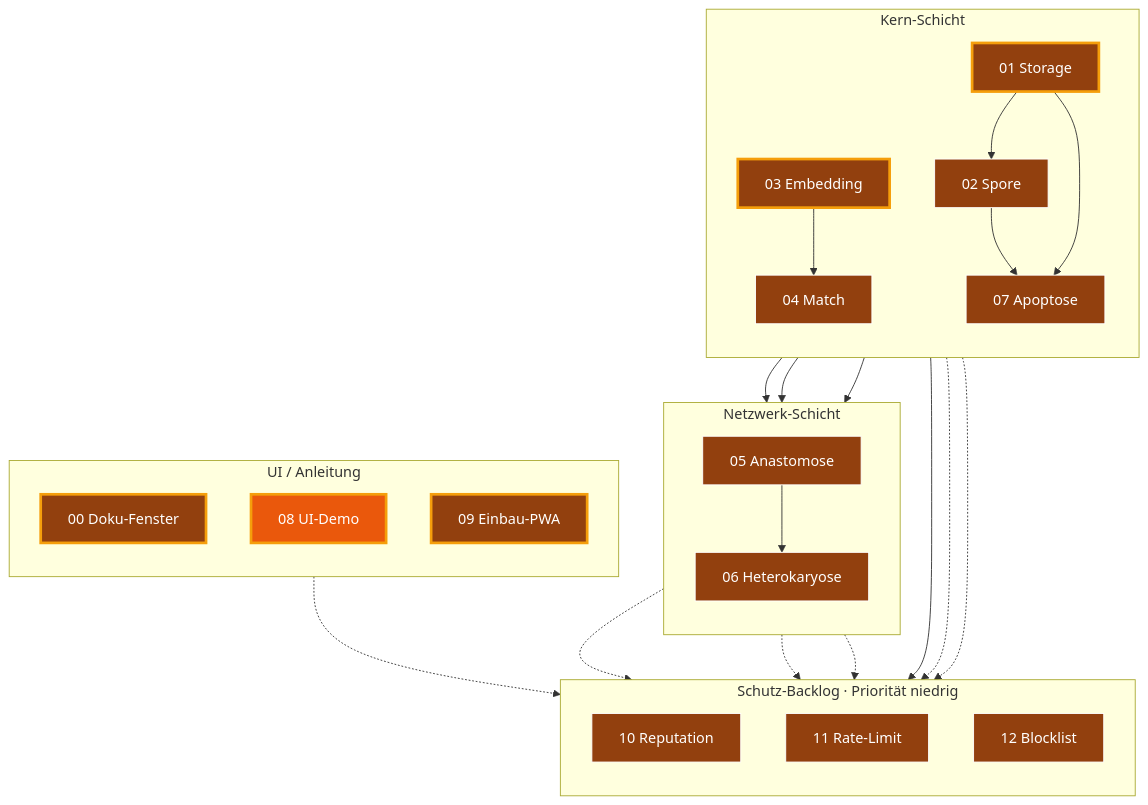
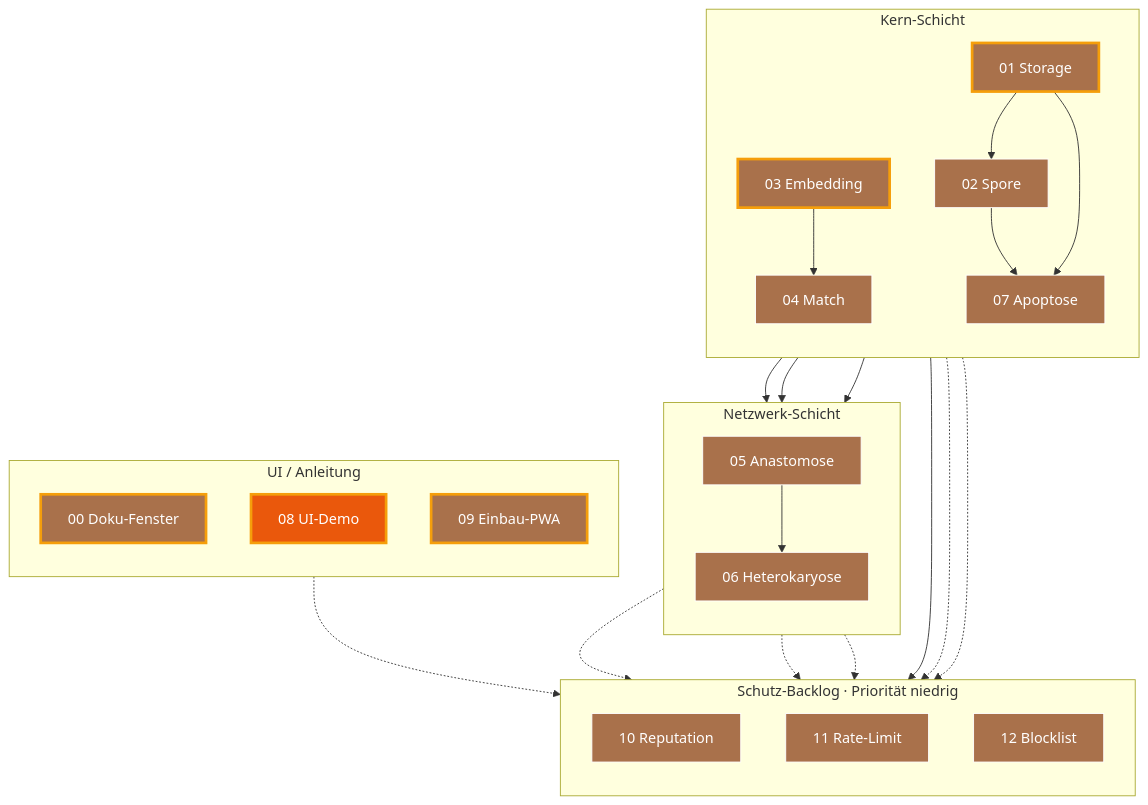
The diagram in docs/ARCHITEKTUR.md (lausiklauskn-png/Sage-Protokol), drawn with Mermaid before and after one commit. The commit also changed 4 other files, not shown here.

````diff
--- a/docs/ARCHITEKTUR.md
+++ b/docs/ARCHITEKTUR.md
@@ -16,56 +16,56 @@
 ```mermaid
 flowchart TB
   subgraph kern [Kern-Schicht]
     direction TB
     M01[01 Storage]
     M02[02 Spore]
     M03[03 Embedding]
     M04[04 Match]
     M07[07 Apoptose]
   end
   subgraph netz [Netzwerk-Schicht]
     direction TB
     M05[05 Anastomose]
     M06[06 Heterokaryose]
   end
   subgraph ui [UI / Anleitung]
     direction TB
     M00[00 Doku-Fenster]
     M08[08 UI-Demo]
     M09[09 Einbau-PWA]
   end
   subgraph backlog [Schutz-Backlog · Priorität niedrig]
     direction TB
     M10[10 Reputation]
     M11[11 Rate-Limit]
     M12[12 Blocklist]
   end
 
   M01 --> M02
   M03 --> M04
   M02 --> M05
   M04 --> M05
   M01 --> M05
   M05 --> M06
   M02 --> M07
   M01 --> M07
   M01 --> M12
   M06 -.-> M10
   M02 -.-> M10
   M05 -.-> M11
   M06 -.-> M11
   M00 -.-> M12
   M07 -.-> M10
 
-  classDef schablone fill:#92400E,color:#fff,stroke:#fff,stroke-width:1px
+  classDef schablone fill:#A9714B,color:#fff,stroke:#fff,stroke-width:1px
   classDef werkstatt fill:#EA580C,color:#fff,stroke:#fff,stroke-width:1px
   classDef spec      fill:#CA8A04,color:#fff,stroke:#fff,stroke-width:1px
-  classDef stub      fill:#2563EB,color:#fff,stroke:#fff,stroke-width:1px
+  classDef stub      fill:#4479EE,color:#fff,stroke:#fff,stroke-width:1px
   classDef fertig    fill:#16A34A,color:#fff,stroke:#fff,stroke-width:1px
-  classDef nextup    fill:#92400E,color:#fff,stroke:#F59E0B,stroke-width:3px
+  classDef nextup    fill:#A9714B,color:#fff,stroke:#F59E0B,stroke-width:3px
   classDef nextupw   fill:#EA580C,color:#fff,stroke:#F59E0B,stroke-width:3px
 
   class M02,M04,M05,M06,M07,M10,M11,M12 schablone
   class M00,M01,M03,M09 nextup
   class M08 nextupw
 ```
````
